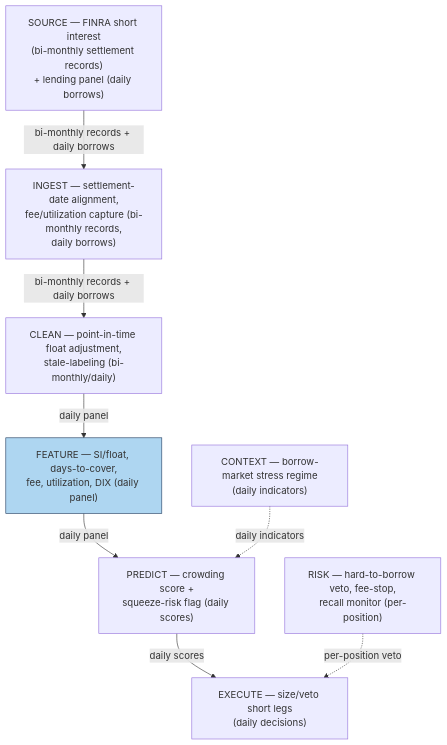
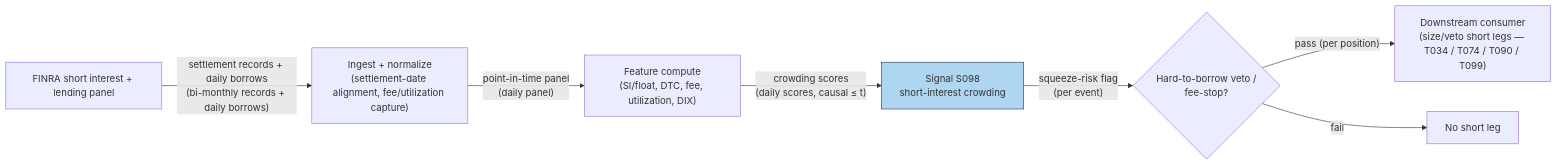
One commit to praveenguptahcl/quant-signals-deep changed the diagram in batches/SB10/S098.md. Above: the diagram before and after it, drawn with Mermaid. The commit also changed other lines of this file and 20 other files, not shown here.

````diff
--- a/batches/SB10/S098.md
+++ b/batches/SB10/S098.md
@@ -132,21 +132,10 @@
 ```mermaid
-flowchart TB
-    source["SOURCE — FINRA short interest<br/>(bi-monthly settlement records)<br/>+ lending panel (daily borrows)"]
-    ingest["INGEST — settlement-date alignment,<br/>fee/utilization capture (bi-monthly records,<br/>daily borrows)"]
-    clean["CLEAN — point-in-time float adjustment,<br/>stale-labeling (bi-monthly/daily)"]
-    feat["FEATURE — SI/float, days-to-cover,<br/>fee, utilization, DIX (daily panel)"]
-    pred["PREDICT — crowding score +<br/>squeeze-risk flag (daily scores)"]
-    exec["EXECUTE — size/veto short legs<br/>(daily decisions)"]
-
-    ctx["CONTEXT — borrow-market stress regime<br/>(daily indicators)"]
-    risk["RISK — hard-to-borrow veto, fee-stop,<br/>recall monitor (per-position)"]
-
-    source -->|"bi-monthly records + daily borrows"| ingest
-    ingest -->|"bi-monthly records + daily borrows"| clean
-    clean -->|"daily panel"| feat
-    feat -->|"daily panel"| pred
-    pred -->|"daily scores"| exec
-    ctx -.->|"daily indicators"| pred
-    risk -.->|"per-position veto"| exec
-    style feat fill:#aed6f1,stroke:#1f3a5f
+flowchart LR
+    FEED["FINRA short interest + lending panel"] -- "settlement records + daily borrows<br/>(bi-monthly records + daily borrows)" --> ING["Ingest + normalize<br/>(settlement-date alignment, fee/utilization capture)"]
+    ING -- "point-in-time panel<br/>(daily panel)" --> FEAT["Feature compute<br/>(SI/float, DTC, fee, utilization, DIX)"]
+    FEAT -- "crowding scores<br/>(daily scores, causal ≤ t)" --> SIG["Signal S098<br/>short-interest crowding"]
+    SIG -- "squeeze-risk flag<br/>(per event)" --> GATE{"Hard-to-borrow veto /<br/>fee-stop?"}
+    GATE -- "pass (per position)" --> OUT["Downstream consumer<br/>(size/veto short legs — T034 / T074 / T090 / T099)"]
+    GATE -- "fail" --> DROP["No short leg"]
+    style SIG fill:#aed6f1,stroke:#1f3a5f
 ```
````
